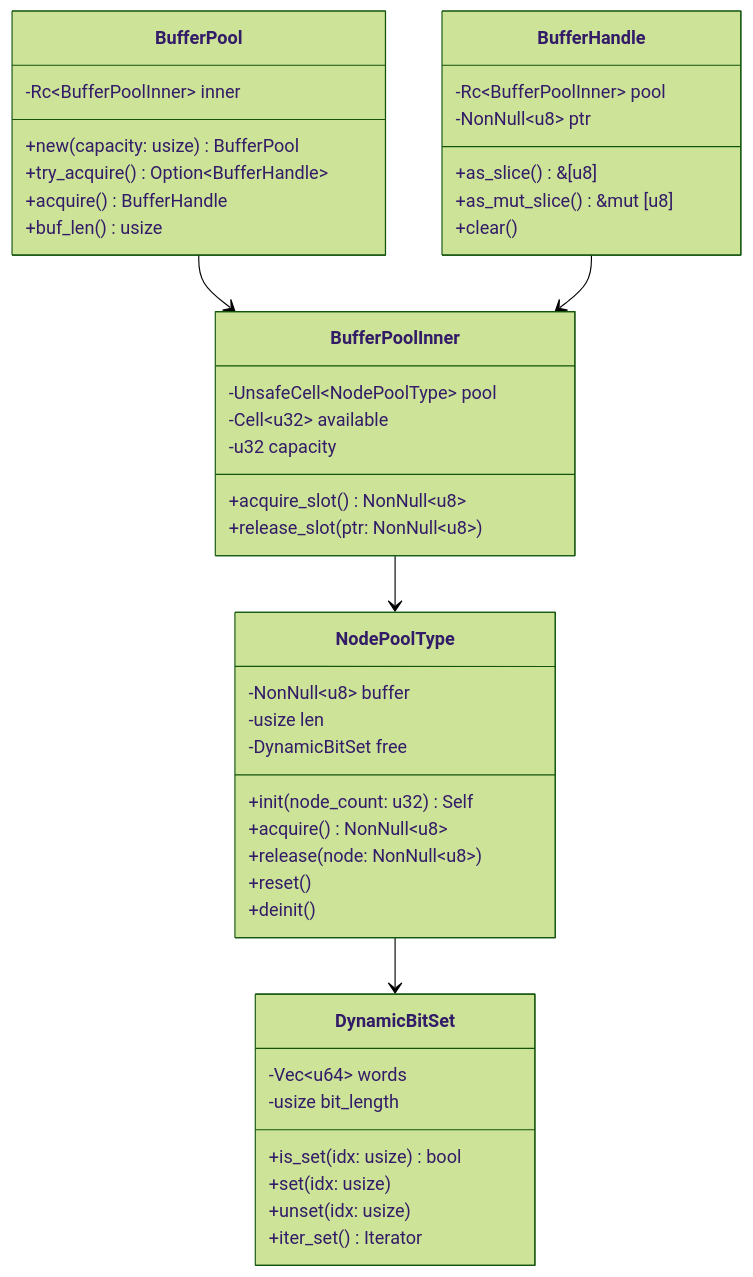
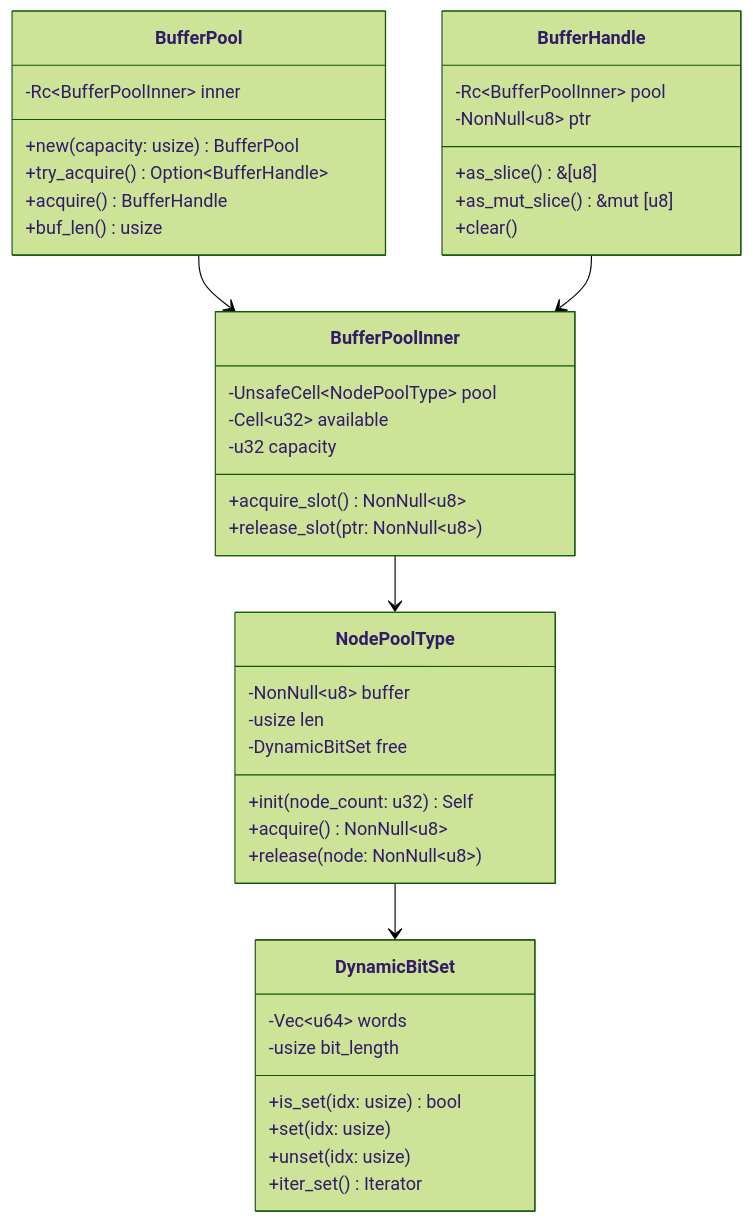
Before and after one commit to ahrav/scratch-scanner-rs: the second of 4 diagrams in docs/memory-management.md, drawn with Mermaid (forest theme). The commit also changed other lines of this file and 6 other files, not shown here.

````diff
--- a/docs/memory-management.md
+++ b/docs/memory-management.md
@@ -400,51 +406,49 @@
 ```mermaid
 classDiagram
     class BufferPool {
         -Rc~BufferPoolInner~ inner
         +new(capacity: usize) BufferPool
         +try_acquire() Option~BufferHandle~
         +acquire() BufferHandle
         +buf_len() usize
     }
 
     class BufferPoolInner {
         -UnsafeCell~NodePoolType~ pool
         -Cell~u32~ available
         -u32 capacity
         +acquire_slot() NonNull~u8~
         +release_slot(ptr: NonNull~u8~)
     }
 
     class NodePoolType {
         -NonNull~u8~ buffer
         -usize len
         -DynamicBitSet free
         +init(node_count: u32) Self
         +acquire() NonNull~u8~
         +release(node: NonNull~u8~)
-        +reset()
-        +deinit()
     }
 
     class BufferHandle {
         -Rc~BufferPoolInner~ pool
         -NonNull~u8~ ptr
         +as_slice() &[u8]
         +as_mut_slice() &mut [u8]
         +clear()
     }
 
     class DynamicBitSet {
         -Vec~u64~ words
         -usize bit_length
         +is_set(idx: usize) bool
         +set(idx: usize)
         +unset(idx: usize)
         +iter_set() Iterator
     }
 
     BufferPool --> BufferPoolInner
     BufferPoolInner --> NodePoolType
     NodePoolType --> DynamicBitSet
     BufferHandle --> BufferPoolInner
 ```
````
